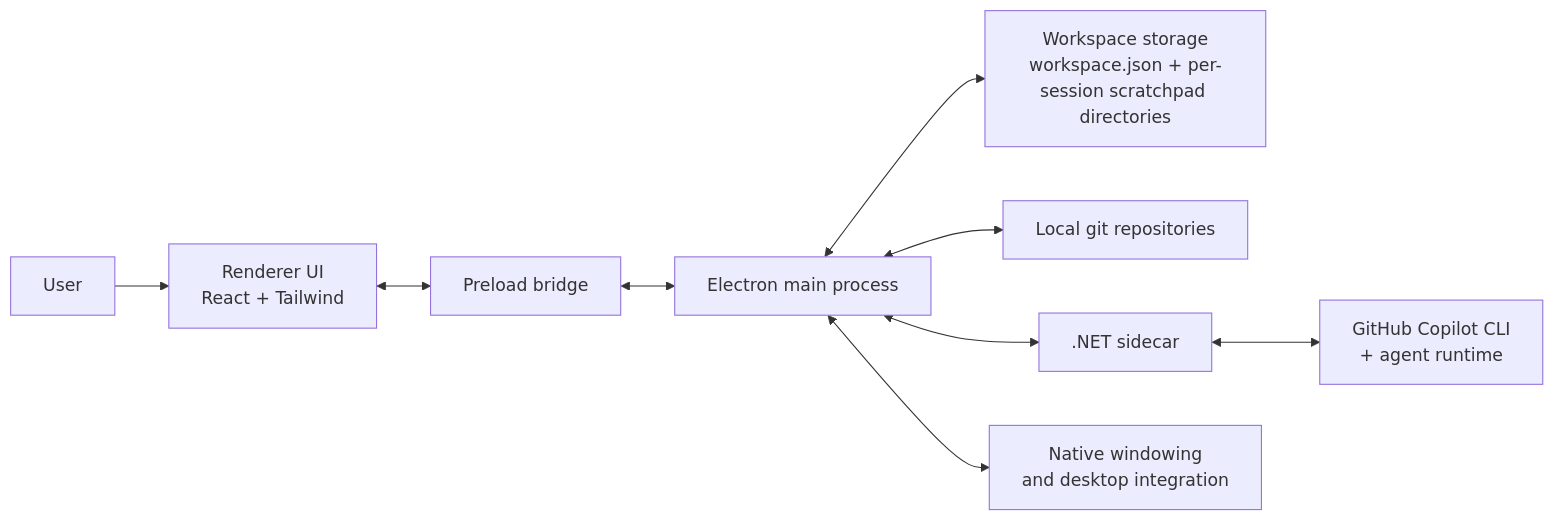
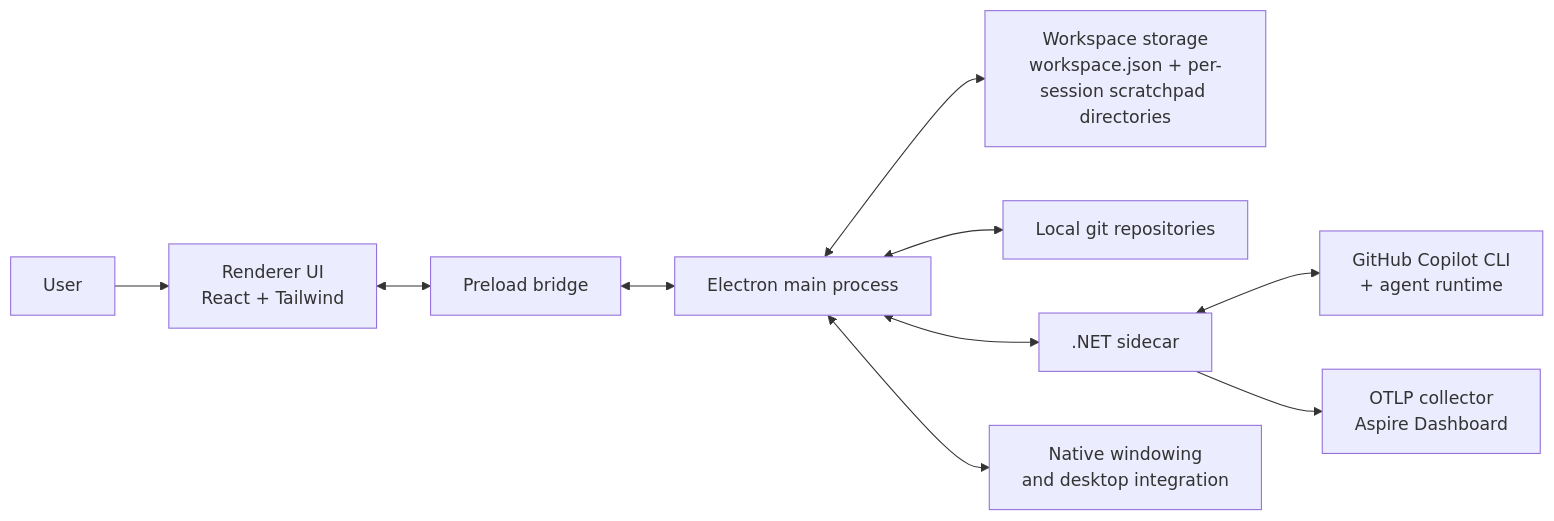
Before and after one commit to davidkaya/aryx: the first of 2 diagrams in ARCHITECTURE.md, drawn with Mermaid. The commit also changed other lines of this file and 10 other files, not shown here.

First line of the commit message:
feat: add Aspire dashboard OTEL workflow

````diff
--- a/ARCHITECTURE.md
+++ b/ARCHITECTURE.md
@@ -30,21 +30,23 @@
 ```mermaid
 flowchart LR
     User[User]
     Renderer[Renderer UI<br/>React + Tailwind]
     Preload[Preload bridge]
     Main[Electron main process]
     Workspace[Workspace storage<br/>workspace.json + per-session scratchpad directories]
     Git[Local git repositories]
     Sidecar[.NET sidecar]
     Copilot[GitHub Copilot CLI<br/>+ agent runtime]
+    Telemetry[OTLP collector<br/>Aspire Dashboard]
     OS[Native windowing<br/>and desktop integration]
 
     User --> Renderer
     Renderer <--> Preload
     Preload <--> Main
     Main <--> Workspace
     Main <--> Git
     Main <--> Sidecar
     Sidecar <--> Copilot
+    Sidecar --> Telemetry
     Main <--> OS
 ```
````
